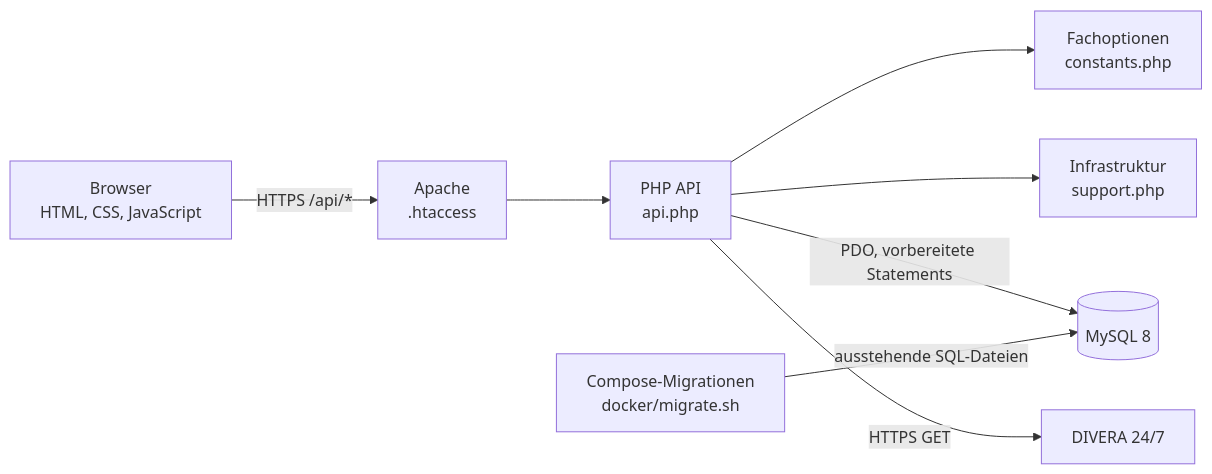
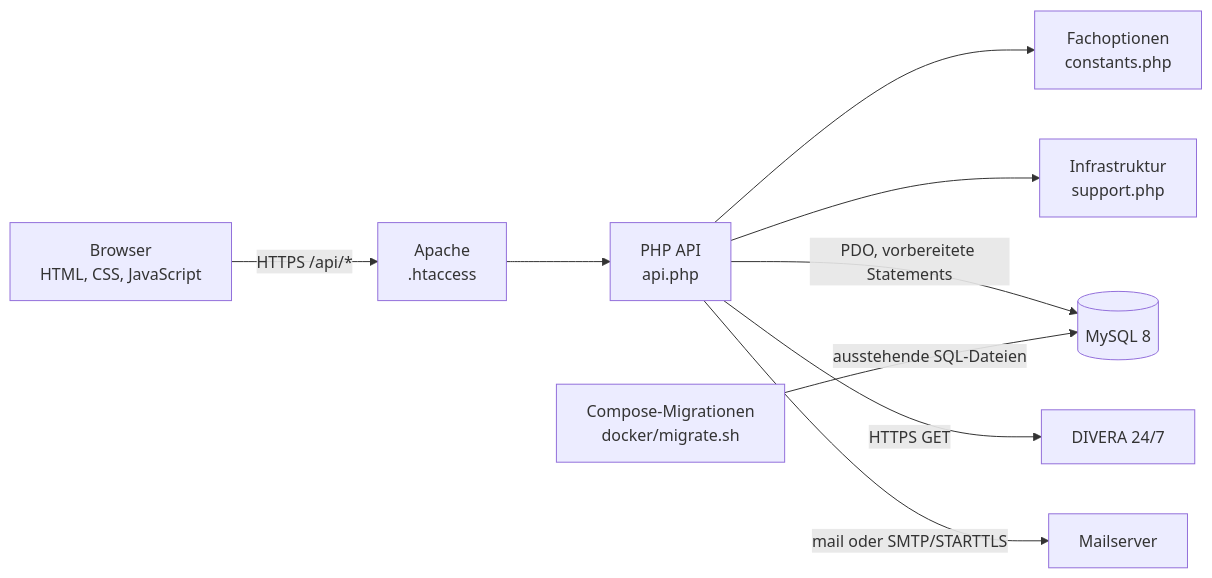
The diagram in docs/ARCHITEKTUR.md (heoelri/ebmanager), drawn with Mermaid before and after one commit. The commit also changed other lines of this file and 12 other files, not shown here.

````diff
--- a/docs/ARCHITEKTUR.md
+++ b/docs/ARCHITEKTUR.md
@@ -12,19 +12,21 @@
 ```mermaid
 flowchart LR
     Browser[Browser<br>HTML, CSS, JavaScript]
     Apache[Apache<br>.htaccess]
     API[PHP API<br>api.php]
     Constants[Fachoptionen<br>constants.php]
     Support[Infrastruktur<br>support.php]
     Migrate[Compose-Migrationen<br>docker/migrate.sh]
     DB[(MySQL 8)]
     Divera[DIVERA 24/7]
+    Mail[Mailserver]
 
     Browser -->|HTTPS /api/*| Apache
     Apache --> API
     API --> Constants
     API --> Support
     API -->|PDO, vorbereitete Statements| DB
     Migrate -->|ausstehende SQL-Dateien| DB
     API -->|HTTPS GET| Divera
+    API -->|mail oder SMTP/STARTTLS| Mail
 ```
````
